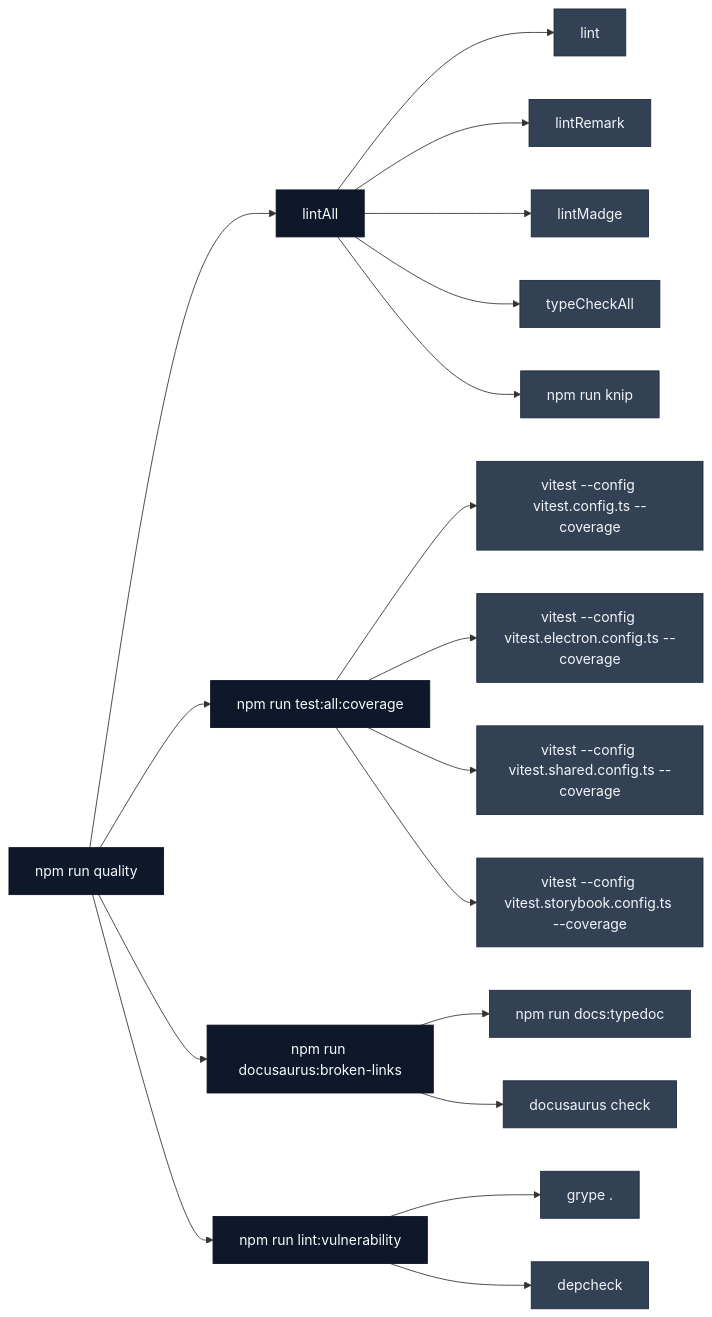
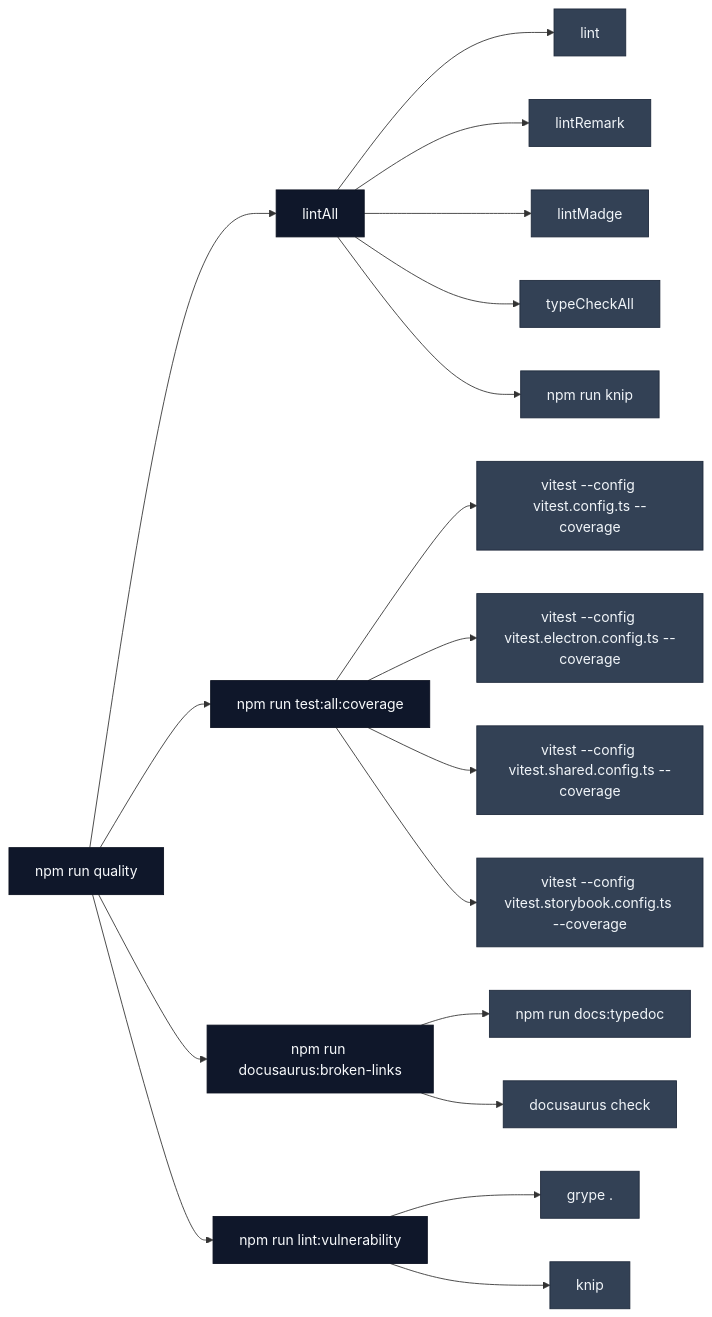
The sixth of 6 diagrams in docs/InteractiveCharts/engineering-tooling.md (Nick2bad4u/Uptime-Watcher), drawn with Mermaid before and after one commit. The commit also changed other lines of this file and 6 other files, not shown here.

First line of the commit message:
🧹 [chore] Replace Depcheck dependency gate with Knip

````diff
--- a/docs/InteractiveCharts/engineering-tooling.md
+++ b/docs/InteractiveCharts/engineering-tooling.md
@@ -296,31 +295,31 @@
 ```mermaid
 graph LR
     quality["npm run quality"] --> lintAll
     quality --> testAllCoverage["npm run test:all:coverage"]
     quality --> docusaurusCheck["npm run docusaurus:broken-links"]
     quality --> depScan["npm run lint:vulnerability"]
 
     lintAll --> lint
     lintAll --> lintRemark
     lintAll --> lintMadge
     lintAll --> typeCheckAll
     lintAll --> knip["npm run knip"]
 
     testAllCoverage --> frontendCov["vitest --config vitest.config.ts --coverage"]
     testAllCoverage --> electronCov["vitest --config vitest.electron.config.ts --coverage"]
     testAllCoverage --> sharedCov["vitest --config vitest.shared.config.ts --coverage"]
     testAllCoverage --> storybookCov["vitest --config vitest.storybook.config.ts --coverage"]
 
     docusaurusCheck --> typedocRefresh["npm run docs:typedoc"]
     docusaurusCheck --> docusaurusBuildCheck["docusaurus check"]
 
     depScan --> grypeScan["grype ."]
-    depScan --> depcheckScan["depcheck"]
+    depScan --> knipScan["knip"]
 
     classDef gate fill:#0f172a,stroke:#0b1120,color:#f8fafc
     classDef child fill:#334155,stroke:#1e293b,color:#f1f5f9
 
     class quality gate
     class lintAll,testAllCoverage,docusaurusCheck,depScan gate
-    class lint,lintRemark,lintMadge,typeCheckAll,knip,frontendCov,electronCov,sharedCov,storybookCov,typedocRefresh,docusaurusBuildCheck,grypeScan,depcheckScan child
+    class lint,lintRemark,lintMadge,typeCheckAll,knip,frontendCov,electronCov,sharedCov,storybookCov,typedocRefresh,docusaurusBuildCheck,grypeScan,knipScan child
 ```
````
